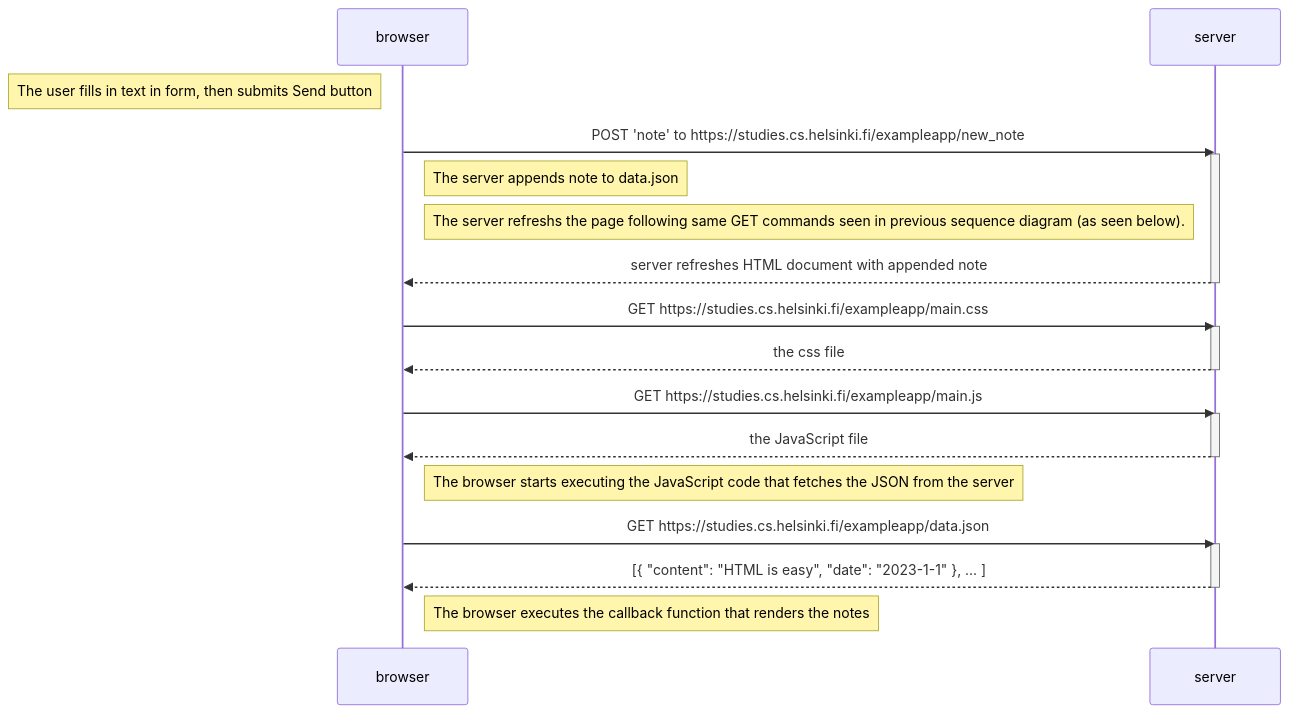
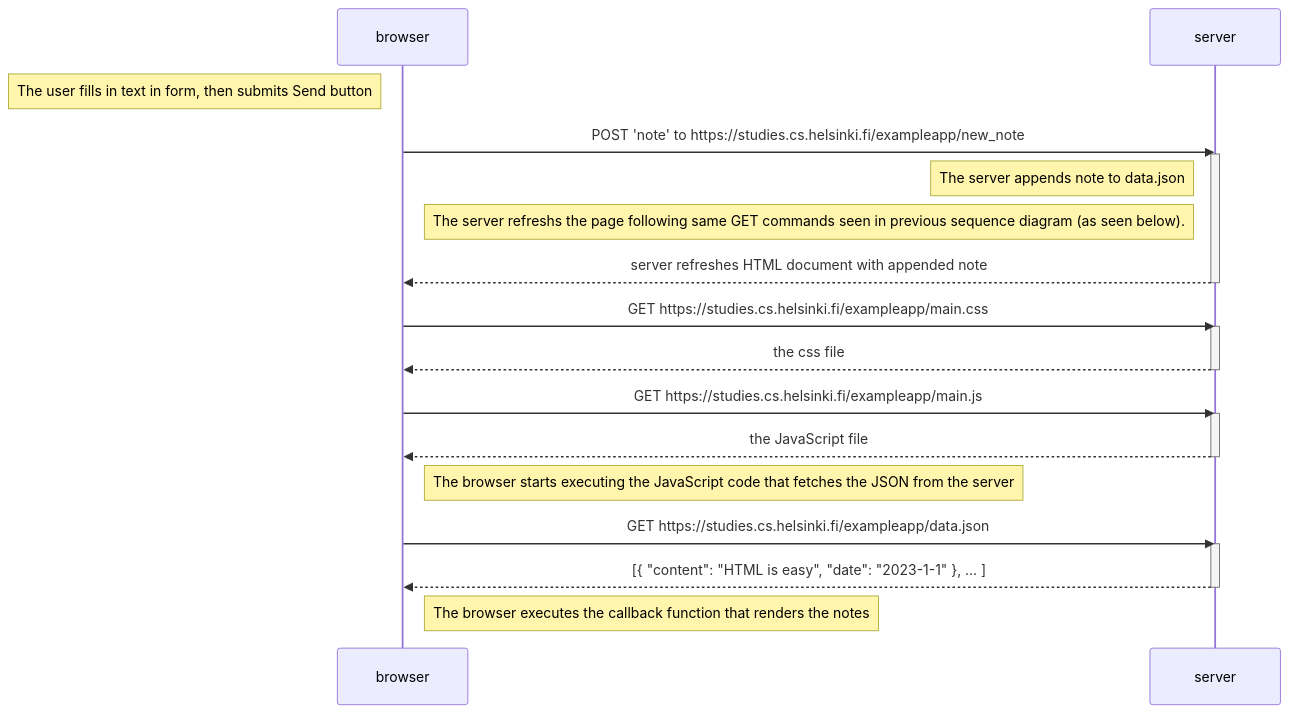
One commit to hobranan/fullstackopen_UHelsinki changed the first of 3 diagrams in part0/0.4 New note diagram.md. Above: the diagram before and after it, drawn with Mermaid.

````diff
--- a/part0/0.4 New note diagram.md
+++ b/part0/0.4 New note diagram.md
@@ -1,32 +1,32 @@
 ```mermaid
 sequenceDiagram
     participant browser
     participant server
     Note left of browser: The user fills in text in form, then submits Send button
     browser->>server: POST 'note' to https://studies.cs.helsinki.fi/exampleapp/new_note
     activate server
-    Note right of browser: The server appends note to data.json
-    Note right of browser: The server refreshs the page following same GET commands seen in previous sequence diagram (as seen below).
+    Note left of server: The server appends note to data.json
+    Note left of server: The server refreshs the page following same GET commands seen in previous sequence diagram (as seen below).
 
     server-->>browser: server refreshes HTML document with appended note
     deactivate server
 
     browser->>server: GET https://studies.cs.helsinki.fi/exampleapp/main.css
     activate server
     server-->>browser: the css file
     deactivate server
 
     browser->>server: GET https://studies.cs.helsinki.fi/exampleapp/main.js
     activate server
     server-->>browser: the JavaScript file
     deactivate server
 
     Note right of browser: The browser starts executing the JavaScript code that fetches the JSON from the server
 
     browser->>server: GET https://studies.cs.helsinki.fi/exampleapp/data.json
     activate server
     server-->>browser: [{ "content": "HTML is easy", "date": "2023-1-1" }, ... ]
     deactivate server
 
     Note right of browser: The browser executes the callback function that renders the notes
 ```
````
